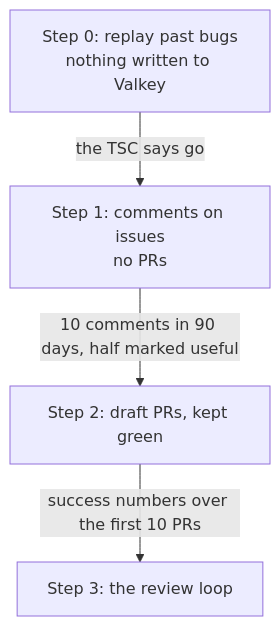
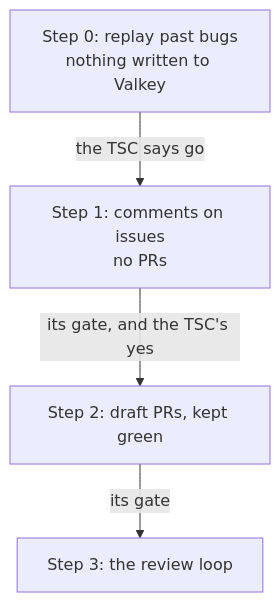
The second of 8 diagrams in docs/design/software-factory.md (sarthakaggarwal97/valkey-ci-agent), drawn with Mermaid before and after one commit. The commit also changed other lines of this file, not shown here.

First line of the commit message:
Address the gate review and cut repeated material from the design doc

````diff
--- a/docs/design/software-factory.md
+++ b/docs/design/software-factory.md
@@ -99,10 +108,10 @@
 ```mermaid
 flowchart TD
     S0["Step 0: replay past bugs<br/>nothing written to Valkey"]
     S1["Step 1: comments on issues<br/>no PRs"]
     S2["Step 2: draft PRs, kept green"]
     S3["Step 3: the review loop"]
     S0 -->|"the TSC says go"| S1
-    S1 -->|"10 comments in 90 days, half marked useful"| S2
-    S2 -->|"success numbers over the first 10 PRs"| S3
+    S1 -->|"its gate, and the TSC's yes"| S2
+    S2 -->|"its gate"| S3
 ```
````
